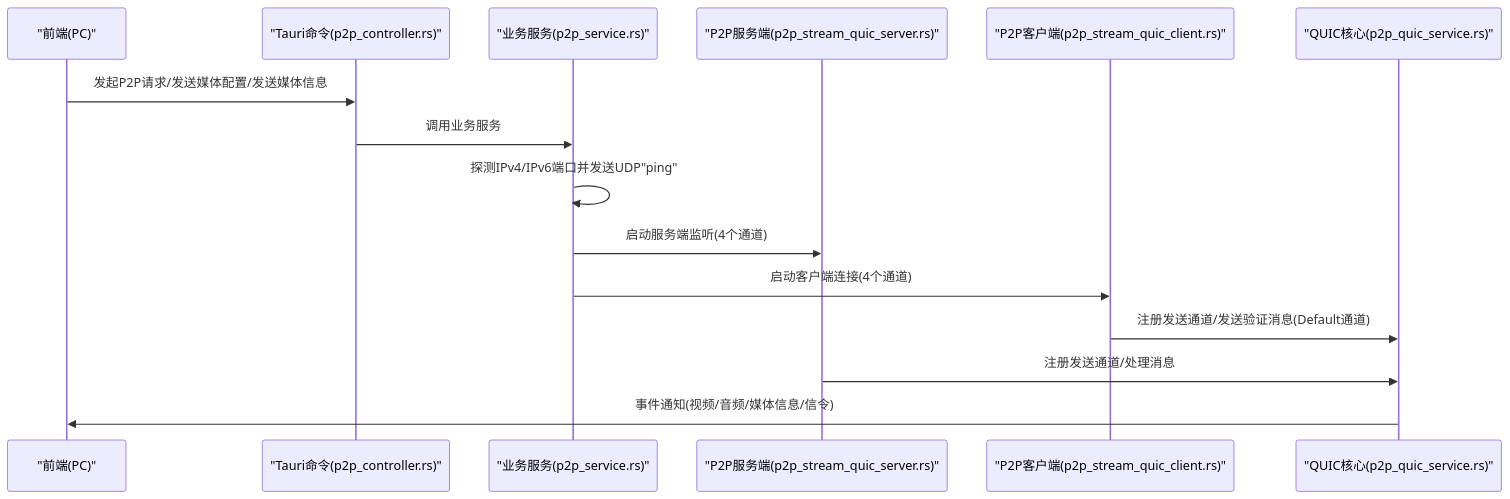
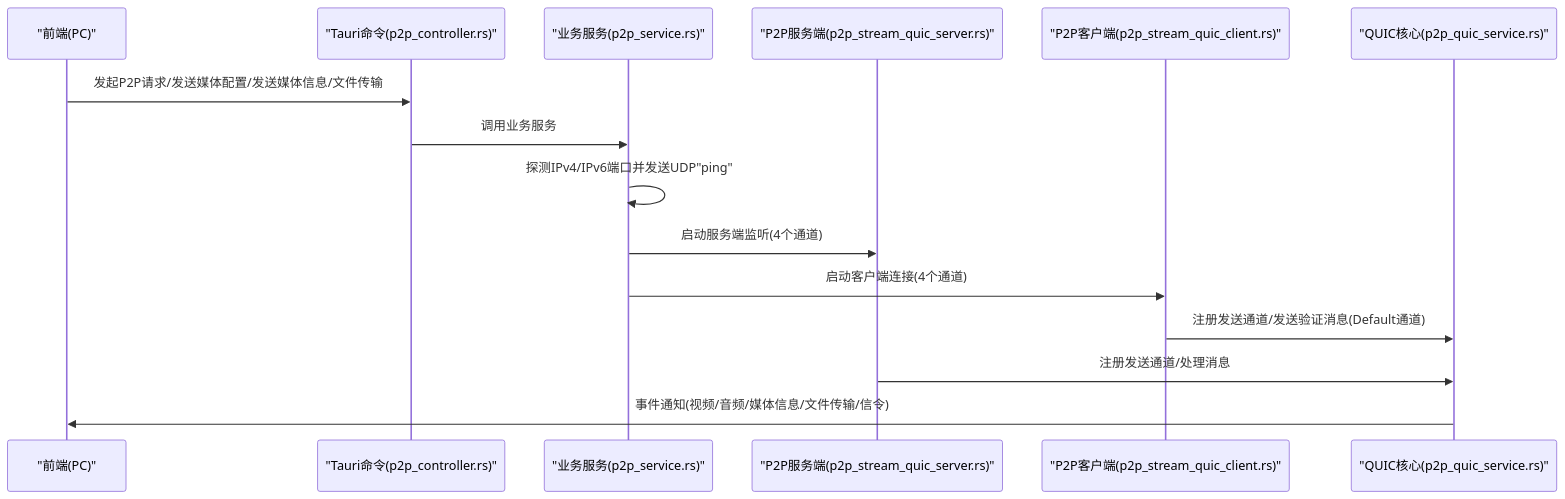
Before and after one commit to nicolastinger/only-talk-app: the second of 17 diagrams in .qoder/repowiki/zh/content/后端服务/P2P服务.md, drawn with Mermaid. The commit also changed other lines of this file and 9 other files, not shown here.

````diff
--- a/.qoder/repowiki/zh/content/后端服务/P2P服务.md
+++ b/.qoder/repowiki/zh/content/后端服务/P2P服务.md
@@ -160,17 +182,17 @@
 ```mermaid
 sequenceDiagram
 participant FE as "前端(PC)"
 participant CMD as "Tauri命令(p2p_controller.rs)"
 participant SVC as "业务服务(p2p_service.rs)"
 participant SRV as "P2P服务端(p2p_stream_quic_server.rs)"
 participant CLI as "P2P客户端(p2p_stream_quic_client.rs)"
 participant CORE as "QUIC核心(p2p_quic_service.rs)"
-FE->>CMD : 发起P2P请求/发送媒体配置/发送媒体信息
+FE->>CMD : 发起P2P请求/发送媒体配置/发送媒体信息/文件传输
 CMD->>SVC : 调用业务服务
 SVC->>SVC : 探测IPv4/IPv6端口并发送UDP"ping"
 SVC->>SRV : 启动服务端监听(4个通道)
 SVC->>CLI : 启动客户端连接(4个通道)
 CLI->>CORE : 注册发送通道/发送验证消息(Default通道)
 SRV->>CORE : 注册发送通道/处理消息
-CORE->>FE : 事件通知(视频/音频/媒体信息/信令)
+CORE->>FE : 事件通知(视频/音频/媒体信息/文件传输/信令)
 ```
````
